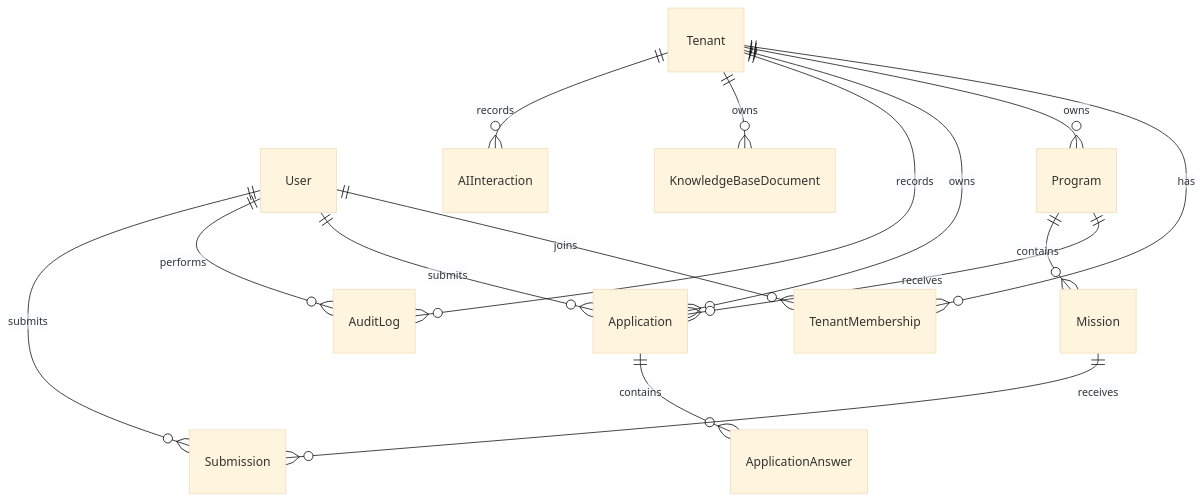
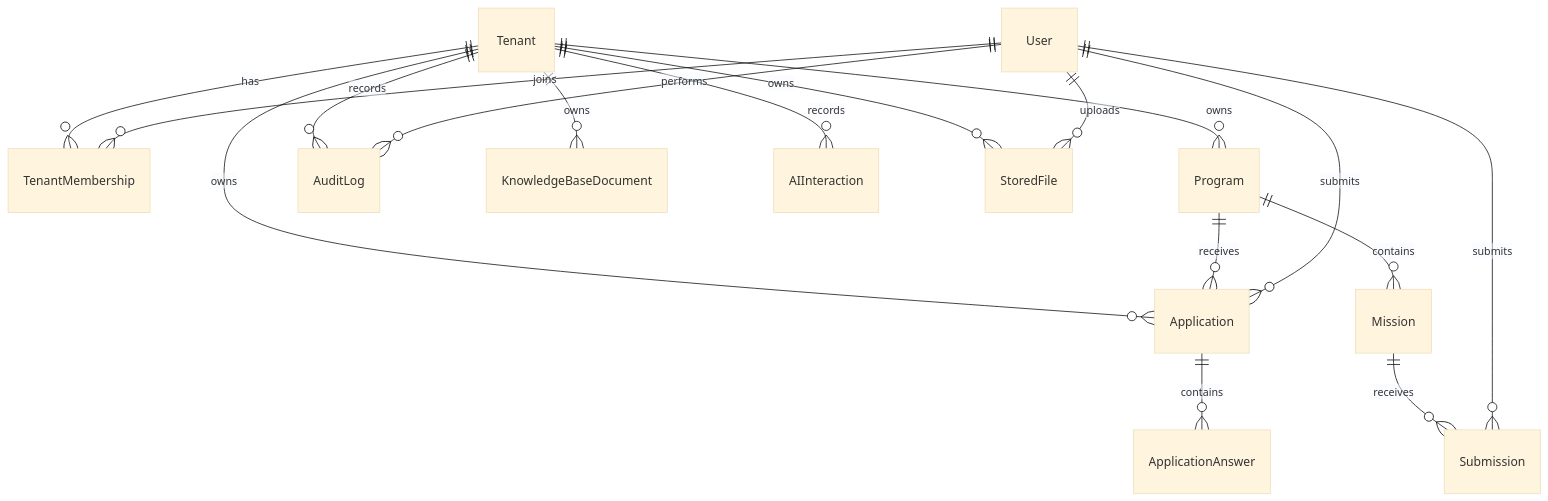
The diagram in docs/Data_Model.md (karimjindani/talentOS), drawn with Mermaid (base theme) before and after one commit. The commit also changed other lines of this file and 32 other files, not shown here.

````diff
--- a/docs/Data_Model.md
+++ b/docs/Data_Model.md
@@ -21,17 +24,19 @@
 ```mermaid
 erDiagram
     Tenant ||--o{ TenantMembership : has
     User ||--o{ TenantMembership : joins
     Tenant ||--o{ Program : owns
     Tenant ||--o{ Application : owns
     Program ||--o{ Application : receives
     User ||--o{ Application : submits
     Application ||--o{ ApplicationAnswer : contains
     Tenant ||--o{ AuditLog : records
     User ||--o{ AuditLog : performs
     Program ||--o{ Mission : contains
     Mission ||--o{ Submission : receives
     User ||--o{ Submission : submits
     Tenant ||--o{ KnowledgeBaseDocument : owns
     Tenant ||--o{ AIInteraction : records
+    Tenant ||--o{ StoredFile : owns
+    User ||--o{ StoredFile : uploads
 ```
````
